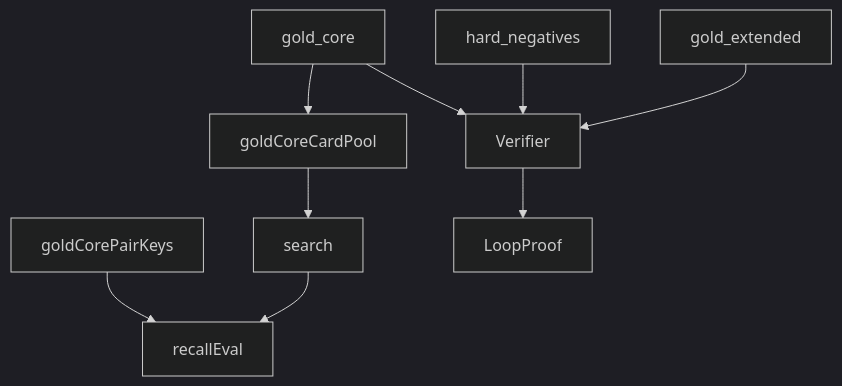
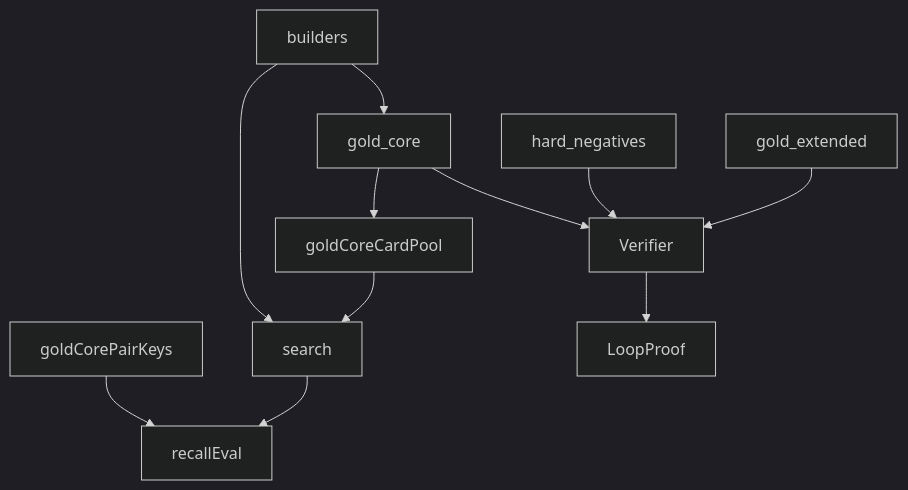
Before and after one commit to witzbeck/mtg-loop-engine: the diagram in src/mtg_loop_engine/corpus/README.md, drawn with Mermaid (dark theme). The commit also changed other lines of this file and 11 other files, not shown here.

````diff
--- a/src/mtg_loop_engine/corpus/README.md
+++ b/src/mtg_loop_engine/corpus/README.md
@@ -9,11 +9,13 @@
 ```mermaid
 graph TB;
-  goldCore[gold_core] --> verifier[Verifier];
+  builders[builders] --> goldCore[gold_core];
+  builders --> search[search];
+  goldCore --> verifier[Verifier];
   hardNeg[hard_negatives] --> verifier;
   goldExt[gold_extended] --> verifier;
   goldCore --> pool[goldCoreCardPool];
-  pool --> search[search];
+  pool --> search;
   goldKeys[goldCorePairKeys] --> recall[recallEval];
   search --> recall;
   verifier --> proofs[LoopProof];
 ```
````
